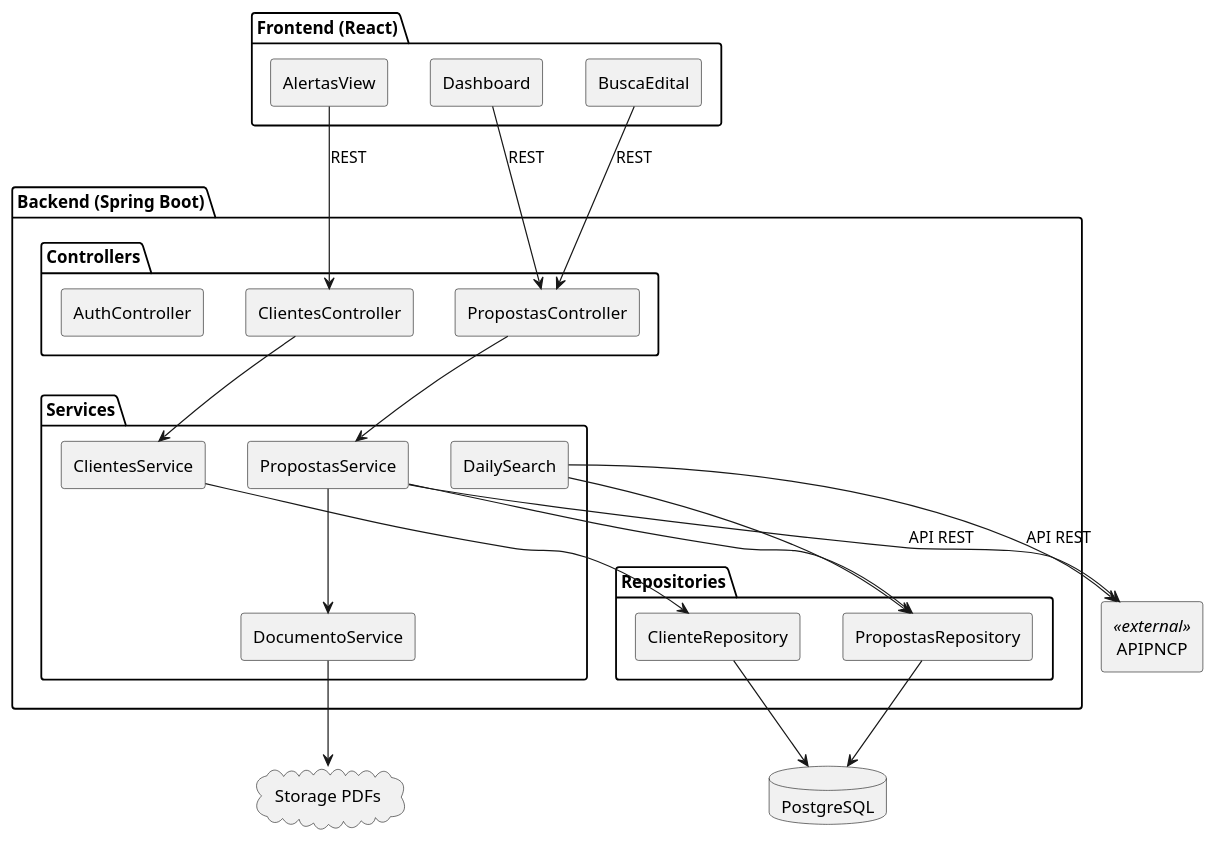
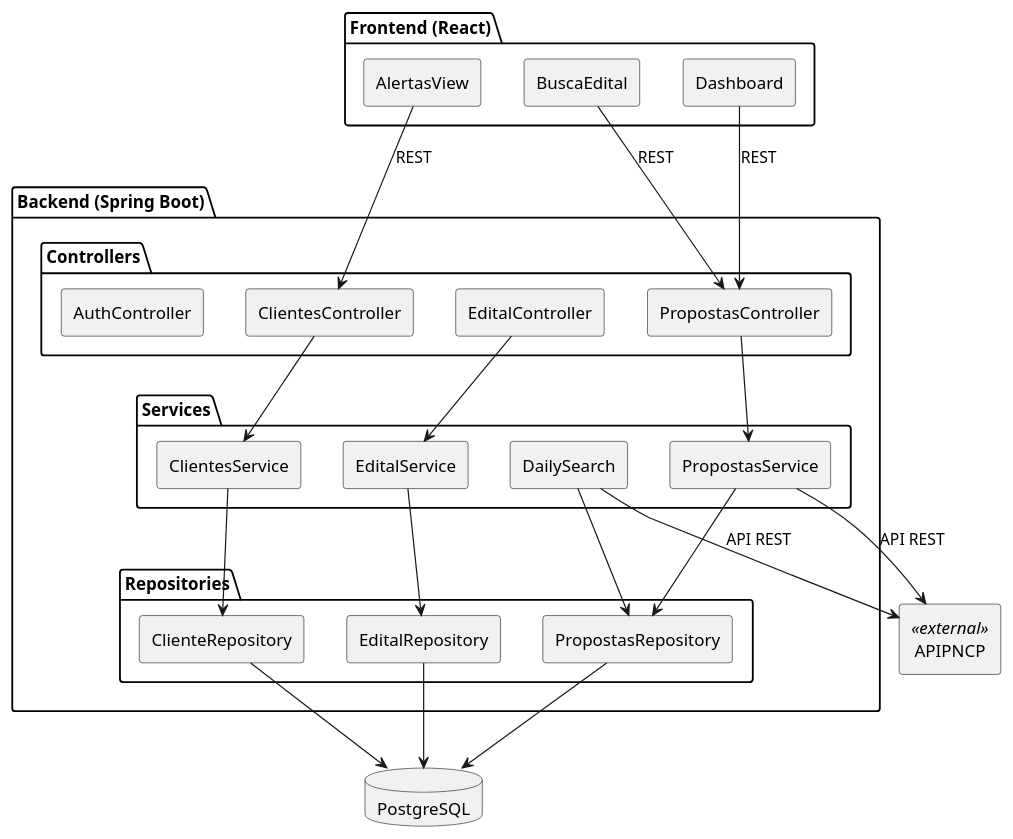
One commit to LiveiraO2110/eng-software-kurt-mod1 changed the diagram in docs/arquitetura/diagrama_de_componentes.puml. Above: the diagram before and after it, drawn with PlantUML.

```diff
--- a/docs/arquitetura/diagrama_de_componentes.puml
+++ b/docs/arquitetura/diagrama_de_componentes.puml
@@ -1,61 +1,61 @@
 @startuml
 
 skinparam componentStyle rectangle
 skinparam backgroundColor white
 
 package "Frontend (React)" {
 
     [Dashboard]
     [BuscaEdital]
     [AlertasView]
 }
 
 package "Backend (Spring Boot)" {
 
     package "Controllers" {
         [ClientesController]
         [PropostasController]
+        [EditalController]
         [AuthController]
     }
 
     package "Services" {
         [PropostasService]
         [ClientesService]
         [DailySearch]
-        [DocumentoService]
+        [EditalService]
     }
 
     package "Repositories" {
         [PropostasRepository]
         [ClienteRepository]
+        [EditalRepository]
     }
 }
 
 database "PostgreSQL" as DB
-
-cloud "Storage PDFs" as Storage
 
 [APIPNCP] <<external>>
 
 Dashboard --> PropostasController : REST
 BuscaEdital --> PropostasController : REST
 AlertasView --> ClientesController : REST
 
 PropostasController --> PropostasService
 ClientesController --> ClientesService
+EditalController --> EditalService
 
 ClientesService --> ClienteRepository
 PropostasService --> PropostasRepository
+EditalService --> EditalRepository
 
 DailySearch --> PropostasRepository
 
 PropostasService --> APIPNCP : API REST
 DailySearch --> APIPNCP : API REST
 
-DocumentoService --> Storage
-PropostasService --> DocumentoService
-
 PropostasRepository --> DB
 ClienteRepository --> DB
+EditalRepository --> DB
 
 @enduml
```
